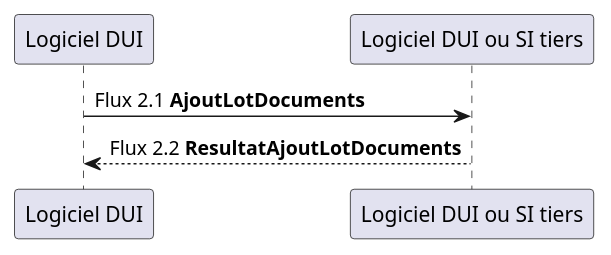
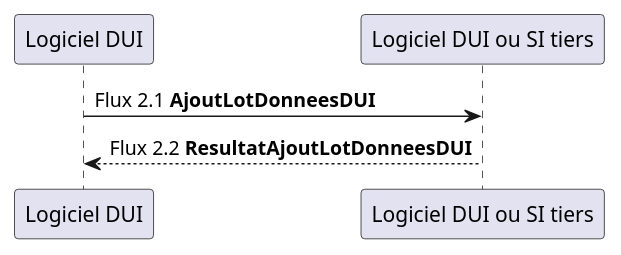
One commit to ansforge/IG-fhir-medicosocial-transfert-donnees-dui changed the diagram in input/images-source/flux2.plantuml. Above: the diagram before and after it, drawn with PlantUML. The commit also changed 2 other files, not shown here.

```diff
--- a/input/images-source/flux2.plantuml
+++ b/input/images-source/flux2.plantuml
@@ -1,6 +1,6 @@
 @startuml
 
-"Logiciel DUI" -> "Logiciel DUI ou SI tiers" : Flux 2.1 **AjoutLotDocuments**
-"Logiciel DUI" <-- "Logiciel DUI ou SI tiers" : Flux 2.2 **ResultatAjoutLotDocuments**
+"Logiciel DUI" -> "Logiciel DUI ou SI tiers" : Flux 2.1 **AjoutLotDonneesDUI**
+"Logiciel DUI" <-- "Logiciel DUI ou SI tiers" : Flux 2.2 **ResultatAjoutLotDonneesDUI**
 
 @enduml
```
